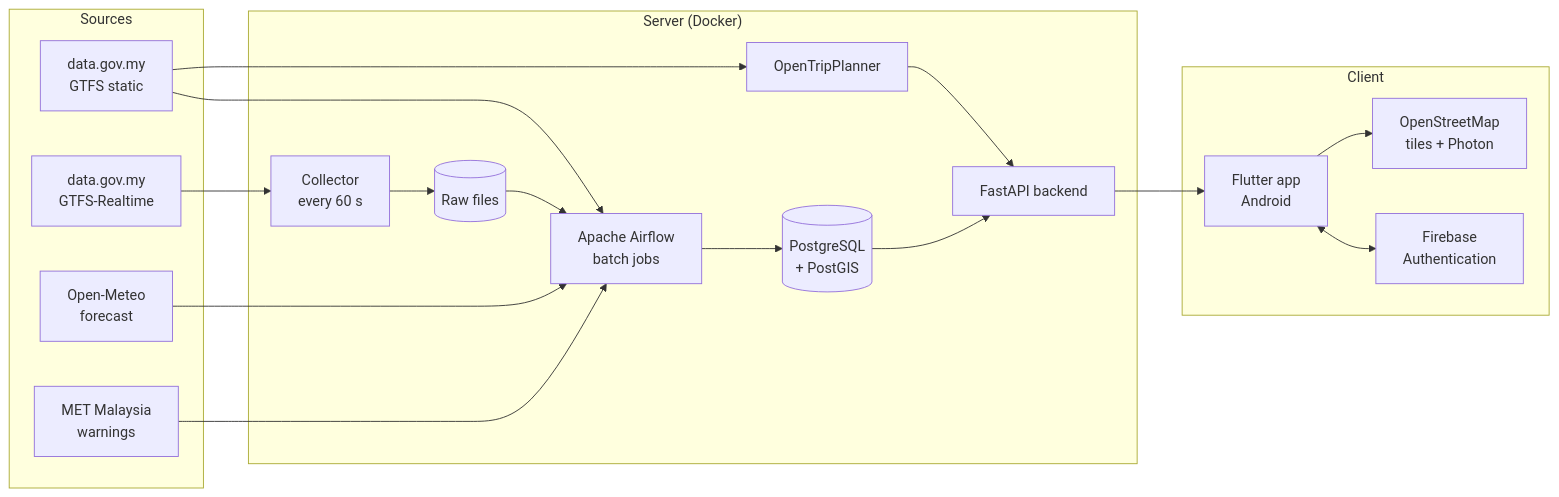
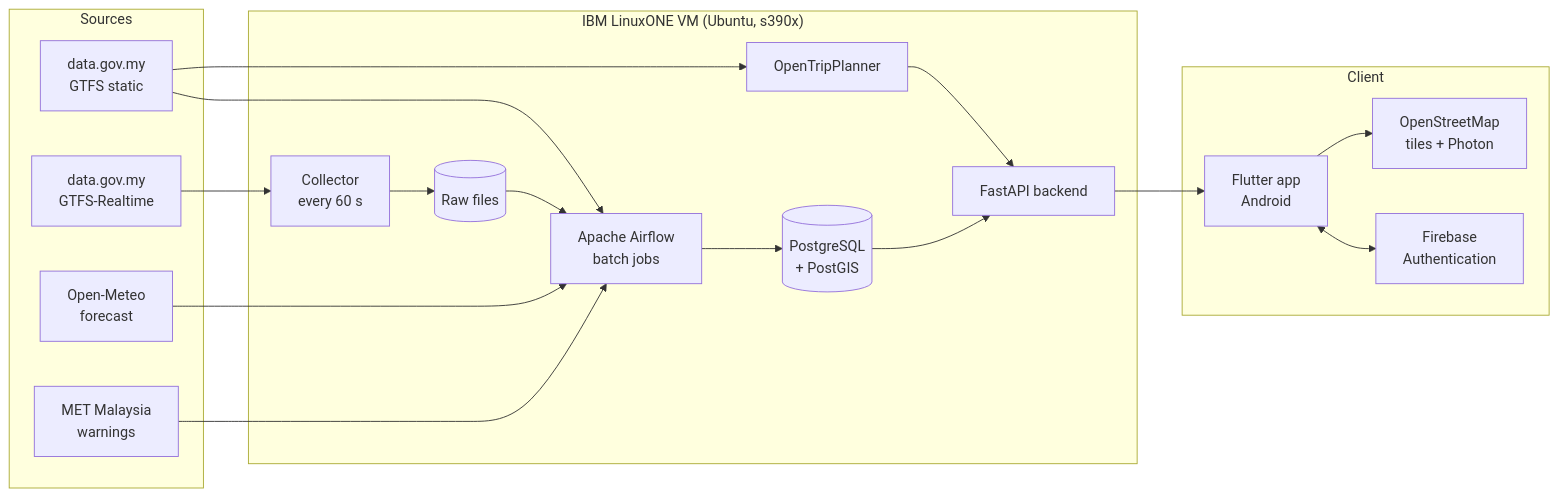
Before and after one commit to HaidarAlAttas/fyp: the diagram in README.md, drawn with Mermaid. The commit also changed other lines of this file, not shown here.

````diff
--- a/README.md
+++ b/README.md
@@ -42,37 +42,37 @@
 ```mermaid
 flowchart LR
     subgraph Sources
         GTFS[data.gov.my<br/>GTFS static]
         RT[data.gov.my<br/>GTFS-Realtime]
         OM[Open-Meteo<br/>forecast]
         MET[MET Malaysia<br/>warnings]
     end
 
-    subgraph Server["Server (Docker)"]
+    subgraph Server["IBM LinuxONE VM (Ubuntu, s390x)"]
         COL[Collector<br/>every 60 s]
         RAW[(Raw files)]
         AF[Apache Airflow<br/>batch jobs]
         PG[(PostgreSQL<br/>+ PostGIS)]
         OTP[OpenTripPlanner]
         API[FastAPI backend]
     end
 
     subgraph Client
         APP[Flutter app<br/>Android]
         FB[Firebase<br/>Authentication]
         OSM[OpenStreetMap<br/>tiles + Photon]
     end
 
     RT --> COL --> RAW
     RAW --> AF
     GTFS --> AF
     OM --> AF
     MET --> AF
     AF --> PG
     GTFS --> OTP
     PG --> API
     OTP --> API
     API --> APP
     APP <--> FB
     APP --> OSM
 ```
````
